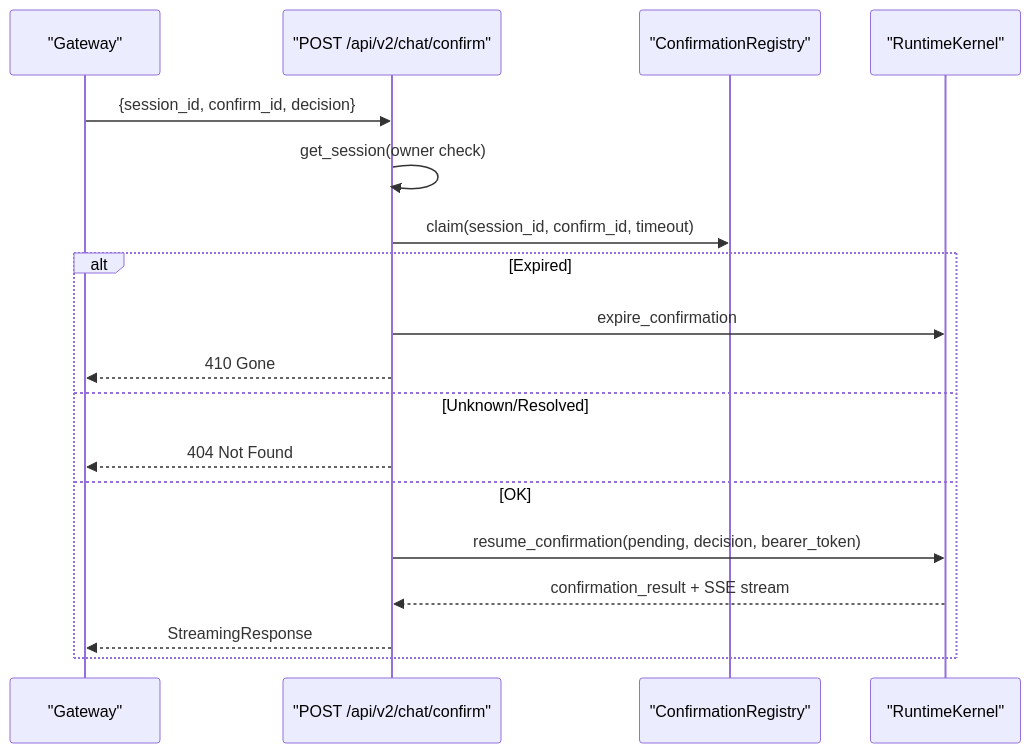
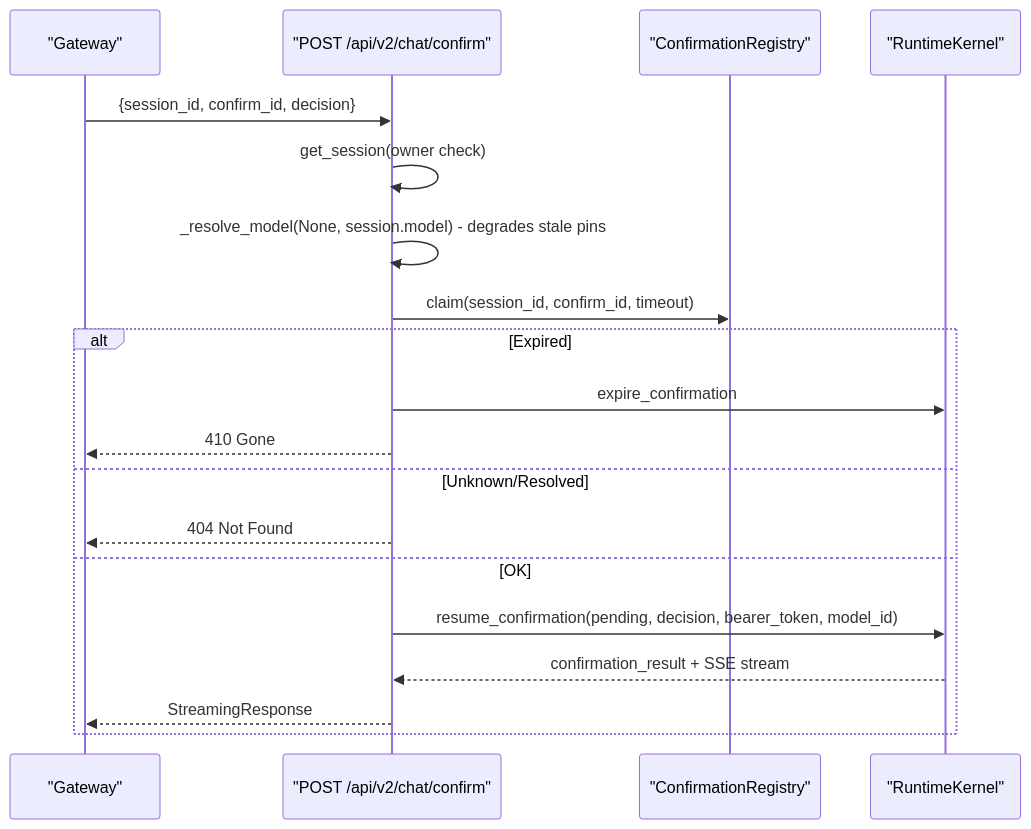
The fifth of 9 diagrams in .qoder/repowiki/en/content/Agent Platform Service/HITL Confirmation Bridging (SPEC-020).md (metasync/luban-aiops), drawn with Mermaid before and after one commit. The commit also changed other lines of this file and 7 other files, not shown here.

````diff
--- a/.qoder/repowiki/en/content/Agent Platform Service/HITL Confirmation Bridging (SPEC-020).md
+++ b/.qoder/repowiki/en/content/Agent Platform Service/HITL Confirmation Bridging (SPEC-020).md
@@ -266,20 +272,21 @@
 ```mermaid
 sequenceDiagram
 participant Client as "Gateway"
 participant Route as "POST /api/v2/chat/confirm"
 participant Reg as "ConfirmationRegistry"
 participant Kernel as "RuntimeKernel"
 Client->>Route : {session_id, confirm_id, decision}
 Route->>Route : get_session(owner check)
+Route->>Route : _resolve_model(None, session.model) - degrades stale pins
 Route->>Reg : claim(session_id, confirm_id, timeout)
 alt Expired
 Route->>Kernel : expire_confirmation
 Route-->>Client : 410 Gone
 else Unknown/Resolved
 Route-->>Client : 404 Not Found
 else OK
-Route->>Kernel : resume_confirmation(pending, decision, bearer_token)
+Route->>Kernel : resume_confirmation(pending, decision, bearer_token, model_id)
 Kernel-->>Route : confirmation_result + SSE stream
 Route-->>Client : StreamingResponse
 end
 ```
````
